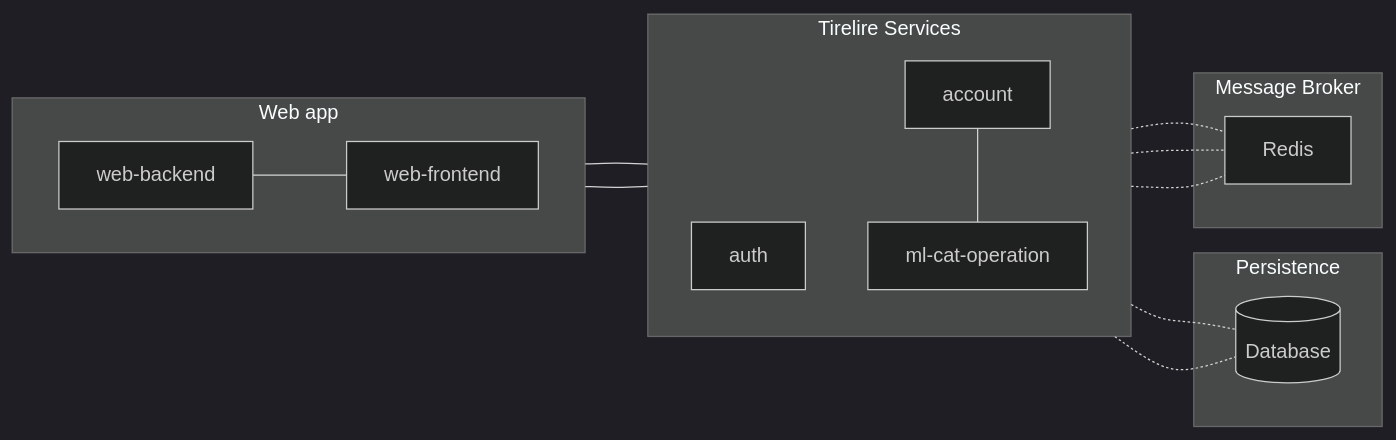
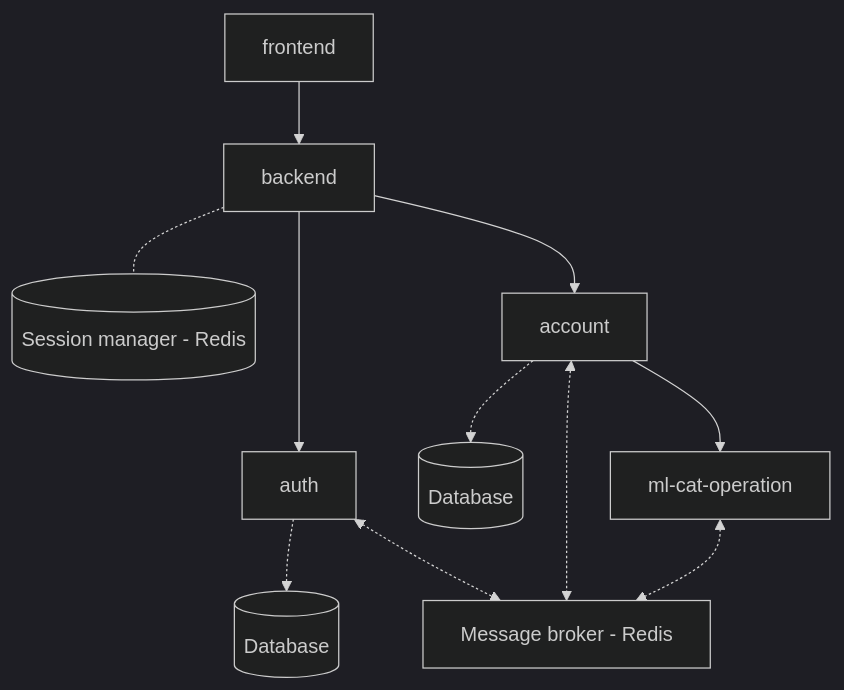
One commit to AgRenaud/tirelire changed the diagram in README.md. Above: the diagram before and after it, drawn with Mermaid (dark theme). The commit also changed other lines of this file and 1 other file, not shown here.

````diff
--- a/README.md
+++ b/README.md
@@ -41,32 +41,23 @@
 ```mermaid
-flowchart LR
-    subgraph Web app
-        direction RL
-        id_4[web-backend]
-        id_5[web-frontend]
-    end
-    subgraph Persistence
-        db[(Database)]
-    end
-    subgraph Tirelire Services
-        direction TB
-        id_1[auth]
-        id_2[account]
-        id_3[ml-cat-operation]
-    end
-    subgraph Message Broker
-        id_6[Redis]
-    end
+flowchart TB
+
+    ml_1[ml-cat-operation]
+    session_manager[(Session manager - Redis)]
+    db_1[(Database)]
+    db_2[(Database)]
+    broker[Message broker - Redis]
+
+    account --> ml_1
+    backend --> auth
+    backend -.- session_manager
+    backend --> account
+    frontend --> backend
     
-    id_2 --- id_3
-    id_4 --- id_1
-    id_4 --- id_2
-    id_5 --- id_4
     
-    id_1 -.- db
-    id_2 -.- db
+    auth -.-> db_1
+    account -.-> db_2
 
-    id_1 -.- id_6
-    id_2 -.- id_6
-    id_3 -.- id_6
+    auth <-.-> broker
+    account <-.-> broker
+    ml_1 <-.-> broker
 ```
````
